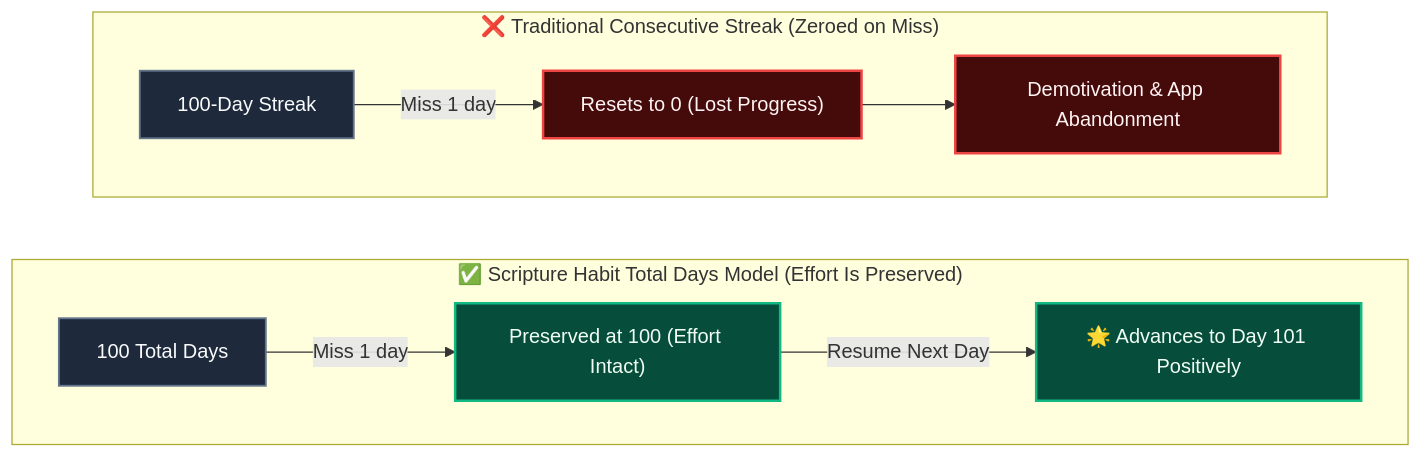
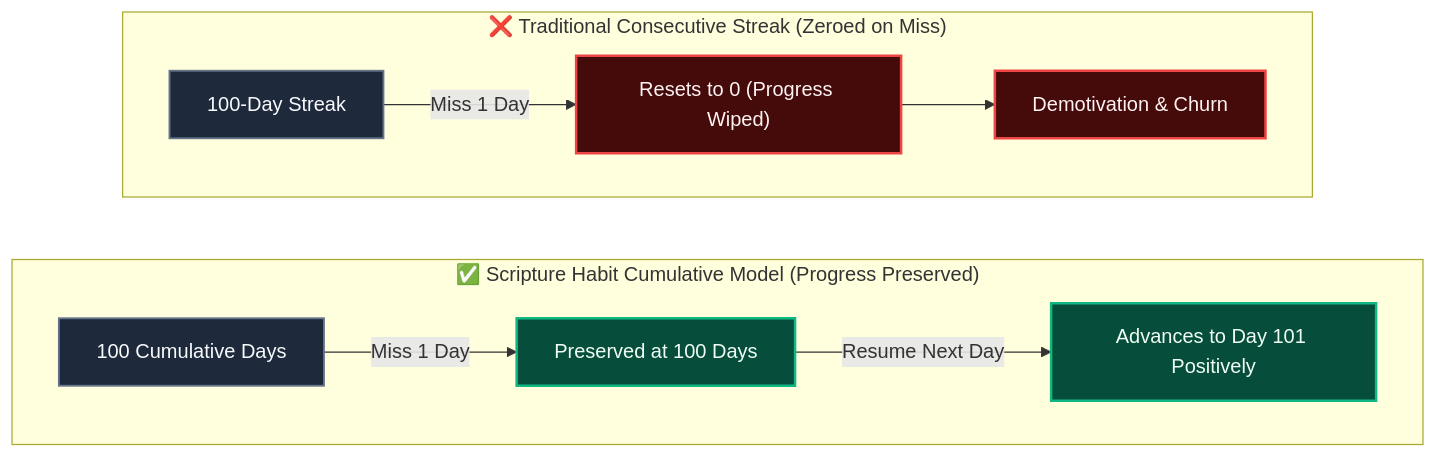
Before and after one commit to ScriptureHabit/scripture-habit: the second of 3 diagrams in docs/logic-milestone-retention.md, drawn with Mermaid. The commit also changed other lines of this file and 57 other files, not shown here.

Commit message:
docs: refine documentation prose and add structured diagram breakdowns across JA and EN

````diff
--- a/docs/logic-milestone-retention.md
+++ b/docs/logic-milestone-retention.md
@@ -39,18 +37,18 @@
 ```mermaid
 flowchart TD
     classDef bad fill:#450a0a,stroke:#ef4444,stroke-width:2px,color:#fef2f2;
     classDef good fill:#064e3b,stroke:#10b981,stroke-width:2px,color:#f0fdf4;
     classDef step fill:#1e293b,stroke:#64748b,stroke-width:1.5px,color:#f8fafc;
 
     subgraph SG_Trad["❌ Traditional Consecutive Streak (Zeroed on Miss)"]
-        S1["100-Day Streak"]:::step -->|Miss 1 day| S2["Resets to 0 (Lost Progress)"]:::bad
-        S2 --> S3["Demotivation & App Abandonment"]:::bad
+        S1["100-Day Streak"]:::step -->|Miss 1 Day| S2["Resets to 0 (Progress Wiped)"]:::bad
+        S2 --> S3["Demotivation & Churn"]:::bad
     end
 
-    subgraph SG_Total["✅ Scripture Habit Total Days Model (Effort Is Preserved)"]
-        H1["100 Total Days"]:::step -->|Miss 1 day| H2["Preserved at 100 (Effort Intact)"]:::good
-        H2 -->|Resume Next Day| H3["🌟 Advances to Day 101 Positively"]:::good
+    subgraph SG_Total["✅ Scripture Habit Cumulative Model (Progress Preserved)"]
+        H1["100 Cumulative Days"]:::step -->|Miss 1 Day| H2["Preserved at 100 Days"]:::good
+        H2 -->|Resume Next Day| H3["Advances to Day 101 Positively"]:::good
     end
 
     SG_Trad ~~~ SG_Total
 ```
````
